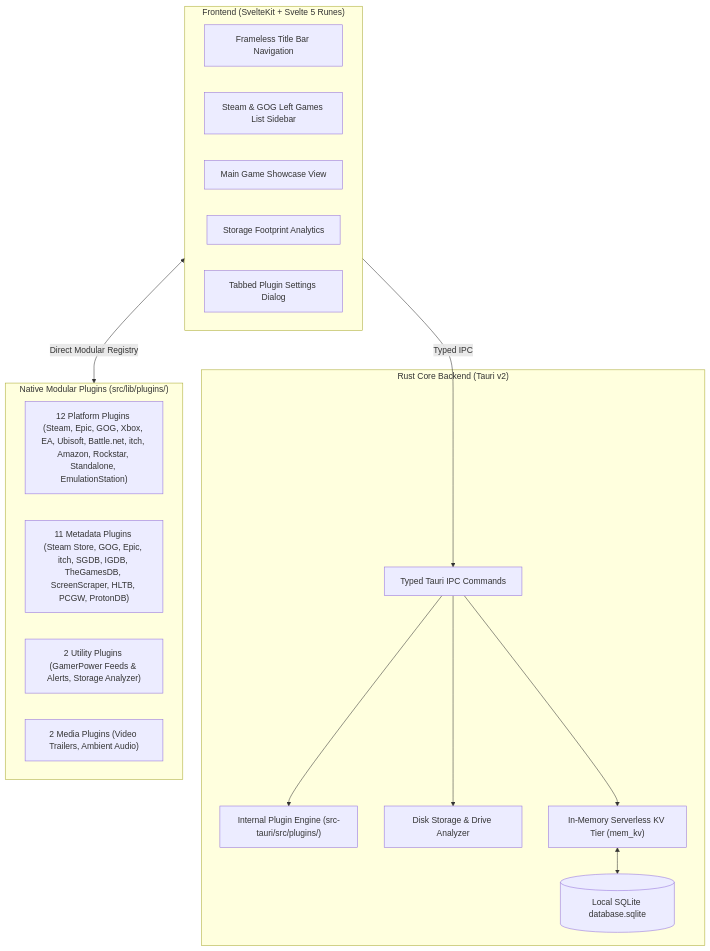
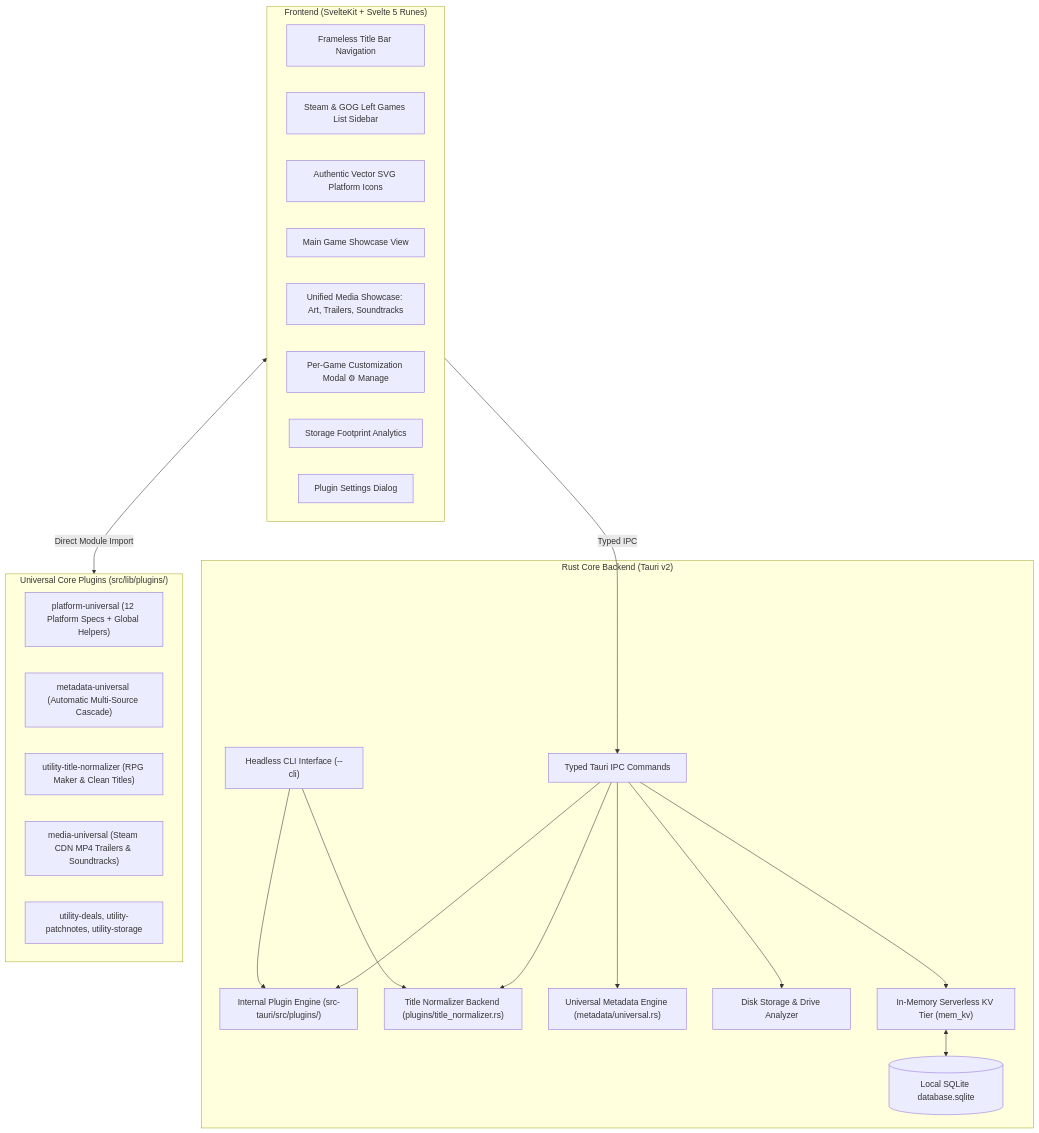
One commit to HELIX-Origin/Steam-Vault changed the diagram in docs/_wiki/Architecture.md. Above: the diagram before and after it, drawn with Mermaid. The commit also changed other lines of this file and 125 other files, not shown here.

````diff
--- a/docs/_wiki/Architecture.md
+++ b/docs/_wiki/Architecture.md
@@ -15,32 +15,43 @@
 ```mermaid
 flowchart TB
     subgraph Frontend["Frontend (SvelteKit + Svelte 5 Runes)"]
         TitleBar[Frameless Title Bar Navigation]
         Sidebar[Steam & GOG Left Games List Sidebar]
+        Icons[Authentic Vector SVG Platform Icons]
         Showcase[Main Game Showcase View]
+        MediaTabs[Unified Media Showcase: Art, Trailers, Soundtracks]
+        ManageModal[Per-Game Customization Modal ⚙ Manage]
         StorageUI[Storage Footprint Analytics]
-        PluginModal[Tabbed Plugin Settings Dialog]
+        PluginModal[Plugin Settings Dialog]
     end
 
     subgraph Backend["Rust Core Backend (Tauri v2)"]
         IPC[Typed Tauri IPC Commands]
         PluginEngine["Internal Plugin Engine (src-tauri/src/plugins/)"]
+        NormalizerBackend["Title Normalizer Backend (plugins/title_normalizer.rs)"]
+        MetaUniversal["Universal Metadata Engine (metadata/universal.rs)"]
         StorageEngine[Disk Storage & Drive Analyzer]
         MemKV["In-Memory Serverless KV Tier (mem_kv)"]
         DB[(Local SQLite database.sqlite)]
+        CLI["Headless CLI Interface (--cli)"]
     end
 
-    subgraph Plugins["Native Modular Plugins (src/lib/plugins/)"]
-        Platforms["12 Platform Plugins (Steam, Epic, GOG, Xbox, EA, Ubisoft, Battle.net, itch, Amazon, Rockstar, Standalone, EmulationStation)"]
-        Meta["11 Metadata Plugins (Steam Store, GOG, Epic, itch, SGDB, IGDB, TheGamesDB, ScreenScraper, HLTB, PCGW, ProtonDB)"]
-        Utility["2 Utility Plugins (GamerPower Feeds & Alerts, Storage Analyzer)"]
-        Media["2 Media Plugins (Video Trailers, Ambient Audio)"]
+    subgraph Plugins["Universal Core Plugins (src/lib/plugins/)"]
+        Platforms["platform-universal (12 Platform Specs + Global Helpers)"]
+        Meta["metadata-universal (Automatic Multi-Source Cascade)"]
+        Normalizer["utility-title-normalizer (RPG Maker & Clean Titles)"]
+        Media["media-universal (Steam CDN MP4 Trailers & Soundtracks)"]
+        Utility["utility-deals, utility-patchnotes, utility-storage"]
     end
 
     Frontend -->|Typed IPC| IPC
     IPC --> PluginEngine
+    IPC --> NormalizerBackend
+    IPC --> MetaUniversal
     IPC --> StorageEngine
     IPC --> MemKV
     MemKV <--> DB
-    Frontend <-->|Direct Modular Registry| Plugins
+    CLI --> PluginEngine
+    CLI --> NormalizerBackend
+    Frontend <-->|Direct Module Import| Plugins
 ```
````
